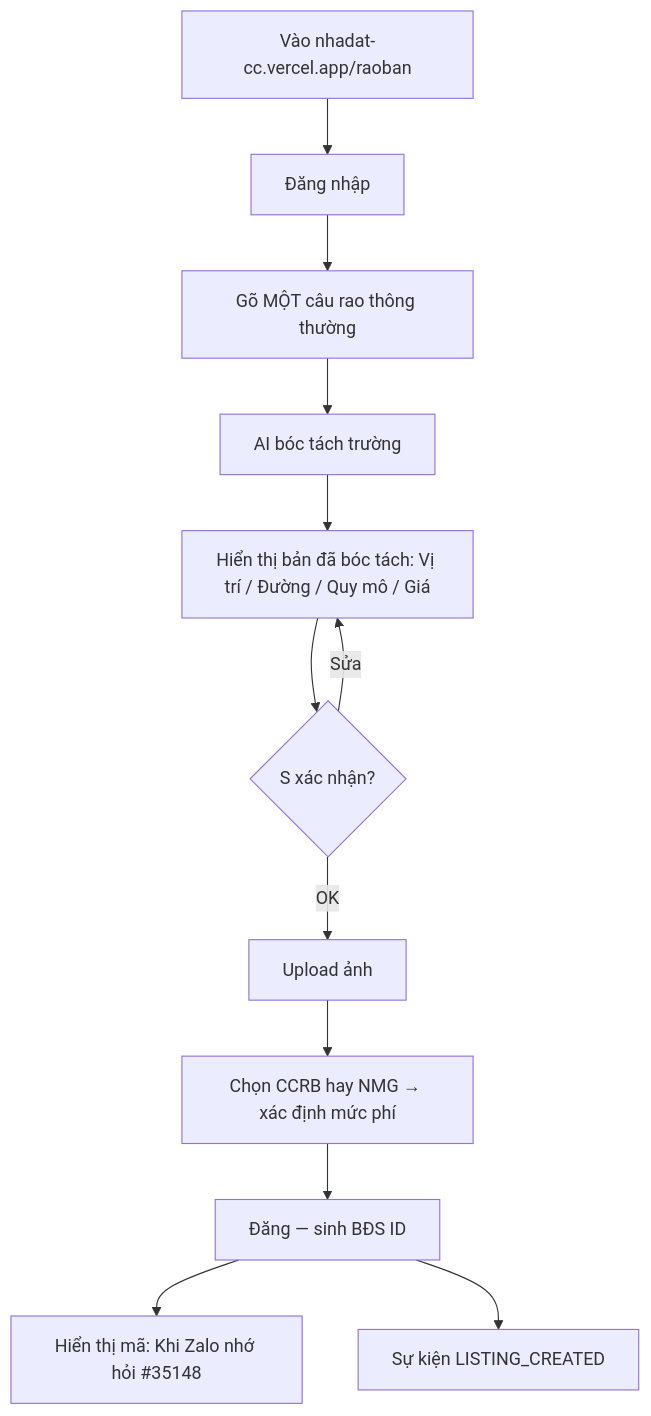
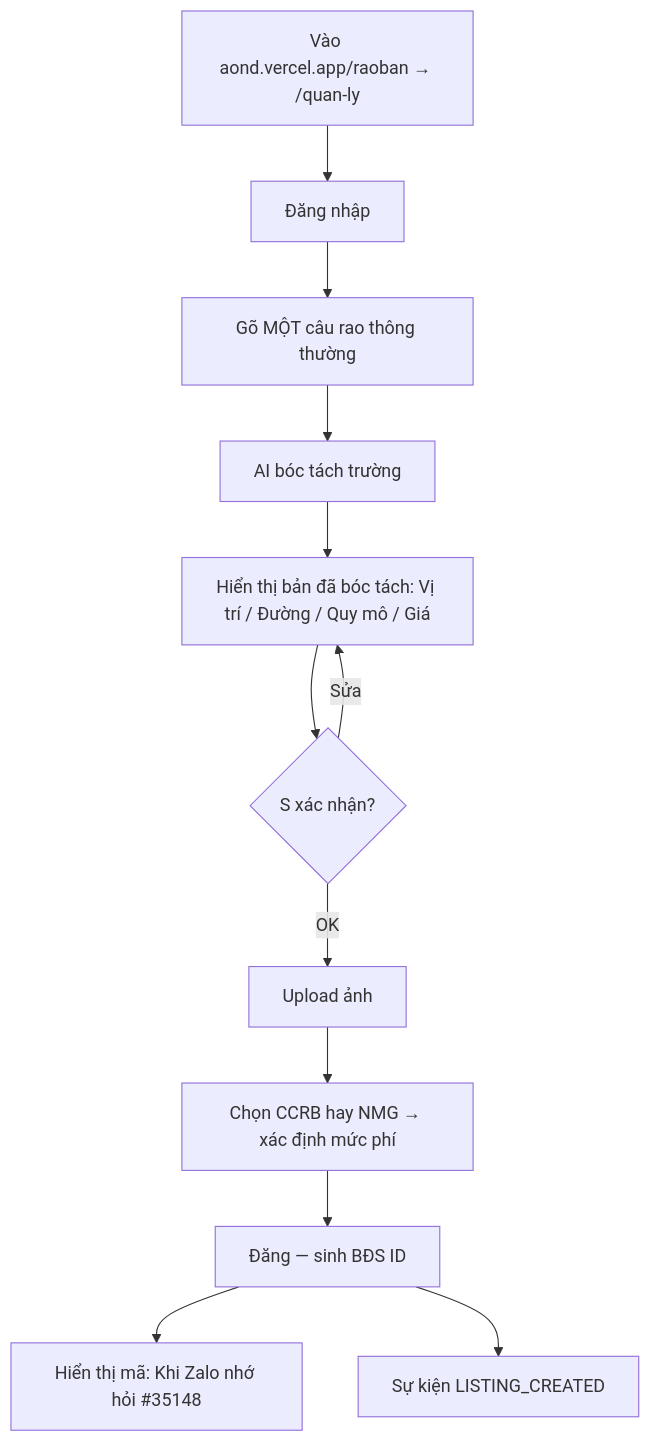
One commit to quang507/AOND changed the sixth of 8 diagrams in docs/03-user-flows.md. Above: the diagram before and after it, drawn with Mermaid. The commit also changed other lines of this file and 11 other files, not shown here.

````diff
--- a/docs/03-user-flows.md
+++ b/docs/03-user-flows.md
@@ -225,14 +224,14 @@
 ```mermaid
 flowchart TD
-    A["Vào nhadat-cc.vercel.app/raoban"] --> B[Đăng nhập]
+    A["Vào aond.vercel.app/raoban → /quan-ly"] --> B[Đăng nhập]
     B --> C["Gõ MỘT câu rao thông thường"]
     C --> D[AI bóc tách trường]
     D --> E["Hiển thị bản đã bóc tách: Vị trí / Đường / Quy mô / Giá"]
     E --> F{S xác nhận?}
     F -->|Sửa| E
     F -->|OK| G[Upload ảnh]
     G --> H[Chọn CCRB hay NMG → xác định mức phí]
     H --> I[Đăng — sinh BĐS ID]
     I --> J["Hiển thị mã: Khi Zalo nhớ hỏi #35148"]
     I --> K[Sự kiện LISTING_CREATED]
 ```
````
